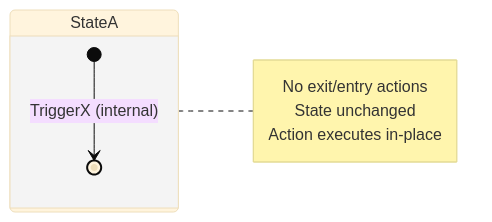
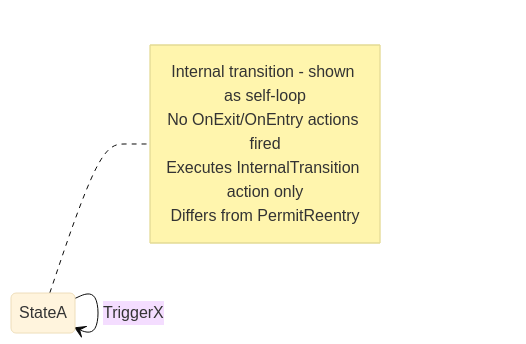
The sixth of 10 diagrams in README.md (atlekbai/stateless), drawn with Mermaid (base theme) before and after one commit. The commit also changed other lines of this file, not shown here.

Commit message:
Refactor README to streamline Mermaid diagram examples and clarify guard conditions

````diff
--- a/README.md
+++ b/README.md
@@ -227,13 +204,12 @@
 ```mermaid
 stateDiagram-v2
     direction LR
-    state StateA {
-        [*] --> [*]: TriggerX (internal)
-    }
+    StateA --> StateA: TriggerX
 
     note right of StateA
-        No exit/entry actions
-        State unchanged
-        Action executes in-place
+        Internal transition - shown as self-loop
+        No OnExit/OnEntry actions fired
+        Executes InternalTransition action only
+        Differs from PermitReentry
     end note
 ```
````
